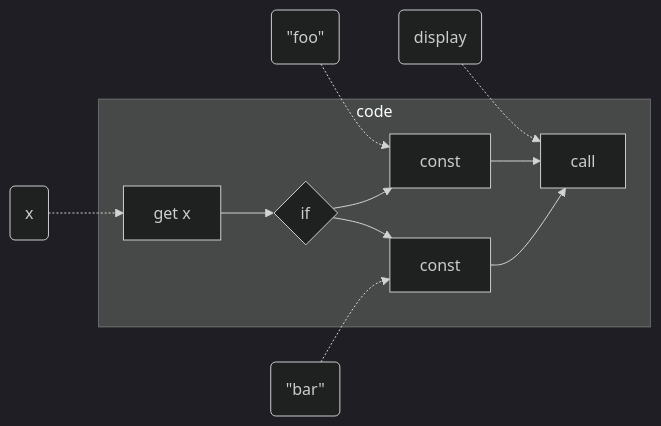
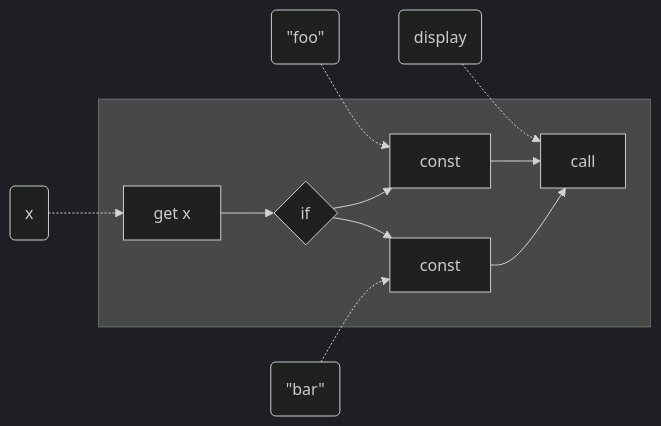
Before and after one commit to raviqqe/doc: the diagram in slides/papers/stak-scheme/if-instruction.mmd, drawn with Mermaid (dark theme). The commit also changed 2 other files, not shown here.

```diff
--- a/slides/papers/stak-scheme/if-instruction.mmd
+++ b/slides/papers/stak-scheme/if-instruction.mmd
@@ -1,10 +1,10 @@
 flowchart LR
   d0(x) -.-> c0
   d1(#quot;foo#quot;) -.-> c2
   d3(display) -.-> c4
 
-  subgraph code
+  subgraph " "
     c0[get x] --> c1{if} --> c2[const] & c3[const] --> c4[call]
   end
 
   d2(#quot;bar#quot;) -.-> c3
```
